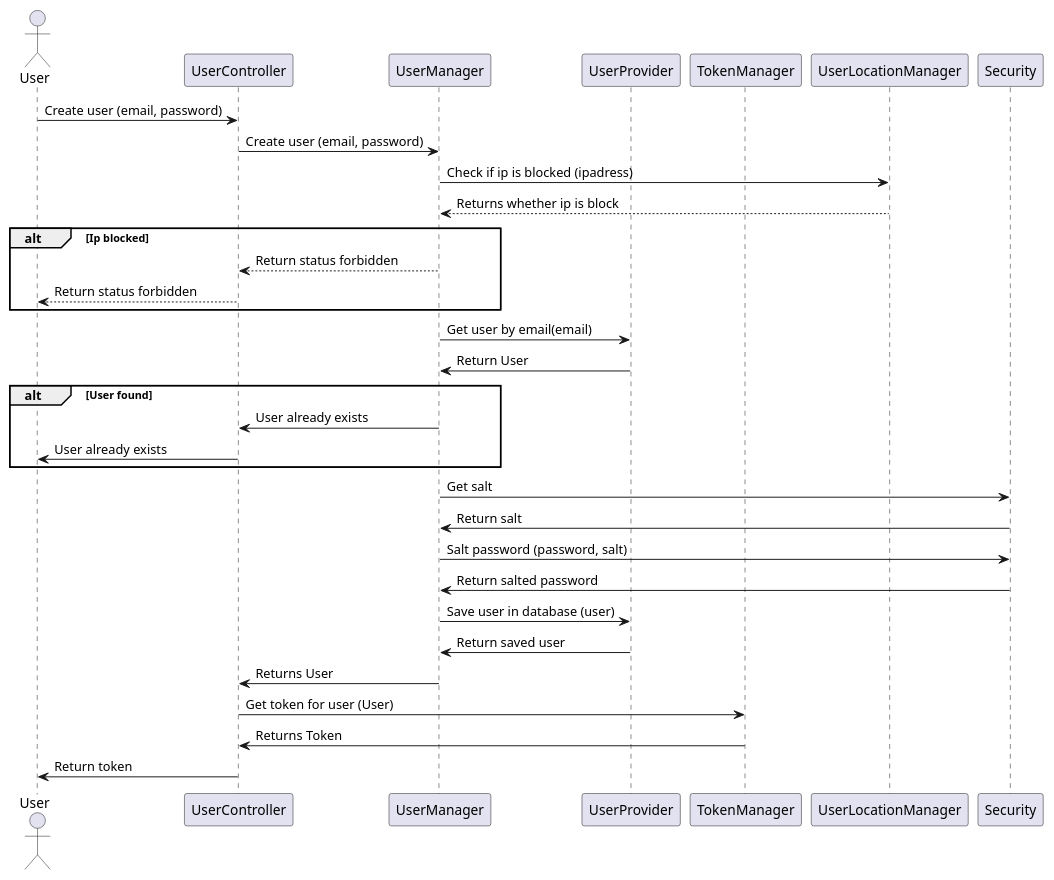
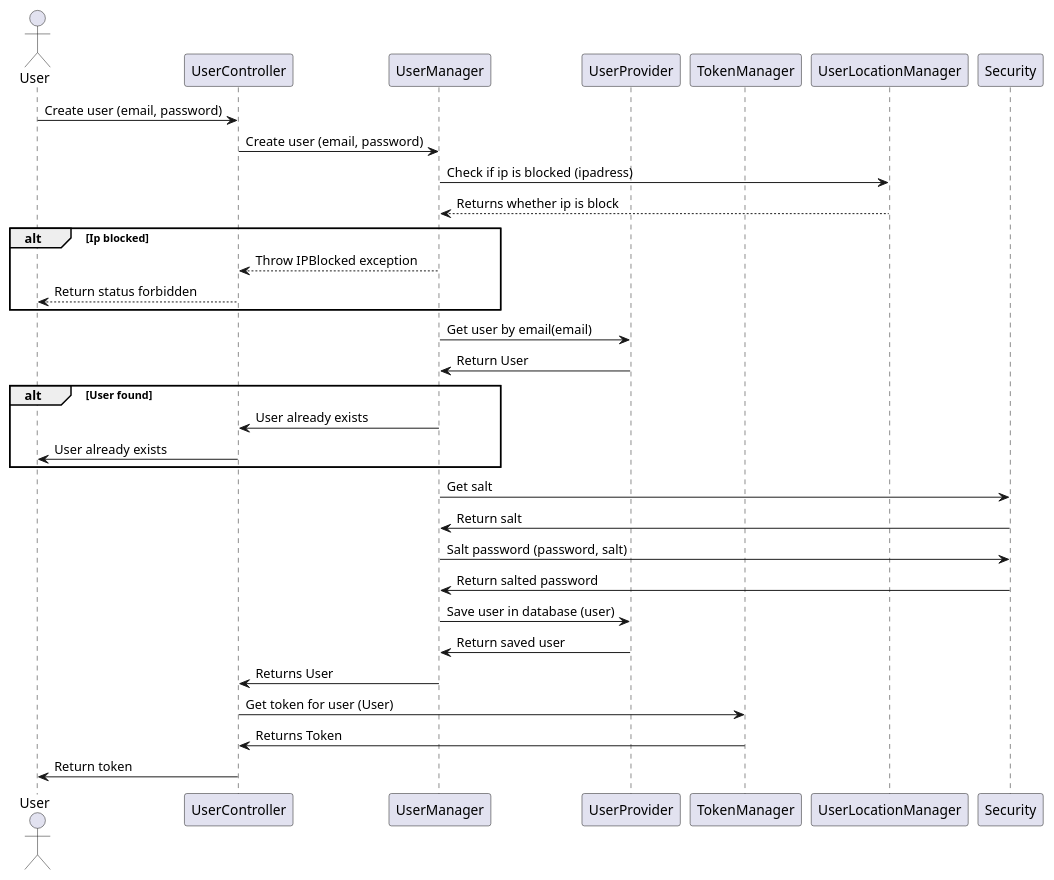
One commit to blackout1471/trust-us-school changed the diagram in Docs/SDDiagrams/CreateUserSD.plantuml. Above: the diagram before and after it, drawn with PlantUML. The commit also changed 8 other files, not shown here.

```diff
--- a/Docs/SDDiagrams/CreateUserSD.plantuml
+++ b/Docs/SDDiagrams/CreateUserSD.plantuml
@@ -1,51 +1,51 @@
 @startuml Create User SD
 
 
 actor User
 participant UserController
 participant UserManager
 participant UserProvider
 participant TokenManager
 participant UserLocationManager
 participant Security
 
 
 
 User->UserController: Create user (email, password)
 UserController->UserManager: Create user (email, password)
 UserManager->UserLocationManager: Check if ip is blocked (ipadress)
 UserLocationManager-->UserManager: Returns whether ip is block
 
 alt Ip blocked
-UserManager-->UserController: Return status forbidden
+UserManager-->UserController: Throw IPBlocked exception
 UserController-->User: Return status forbidden
 end
 
 UserManager->UserProvider: Get user by email(email)
 UserProvider->UserManager: Return User
 
 alt User found
 
 UserManager->UserController: User already exists
 UserController->User: User already exists
 
 end
 
 
 UserManager->Security: Get salt
 Security->UserManager: Return salt
 
 UserManager->Security: Salt password (password, salt)
 Security->UserManager: Return salted password
 
 UserManager->UserProvider: Save user in database (user)
 UserProvider->UserManager: Return saved user
 
 
 UserManager->UserController: Returns User
 UserController->TokenManager: Get token for user (User)
 TokenManager->UserController: Returns Token
 
 UserController->User: Return token
 
 @enduml
```
